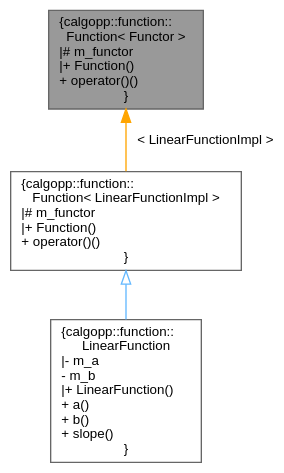
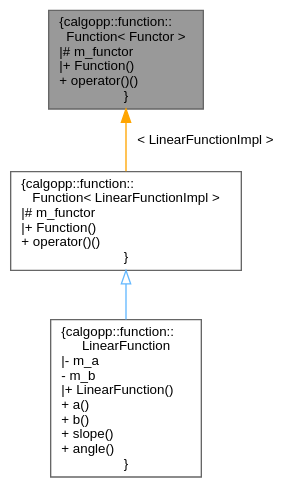
The diagram in classcalgopp_1_1function_1_1Function__inherit__graph.dot (pawelekg95/algopp), drawn with Graphviz before and after one commit. The commit also changed 57 other files, not shown here.

```diff
--- a/classcalgopp_1_1function_1_1Function__inherit__graph.dot
+++ b/classcalgopp_1_1function_1_1Function__inherit__graph.dot
@@ -1,12 +1,12 @@
 digraph "calgopp::function::Function&lt; Functor &gt;"
 {
  // LATEX_PDF_SIZE
   bgcolor="transparent";
   edge [fontname=Helvetica,fontsize=10,labelfontname=Helvetica,labelfontsize=10];
   node [fontname=Helvetica,fontsize=10,shape=box,height=0.2,width=0.4];
   Node1 [label="{calgopp::function::\lFunction\< Functor \>\n|# m_functor\l|+ Function()\l+ operator()()\l}",height=0.2,width=0.4,color="gray40", fillcolor="grey60", style="filled", fontcolor="black",tooltip=" "];
   Node1 -> Node2 [dir="back",color="orange",style="solid",label=" \< LinearFunctionImpl \>" ];
   Node2 [label="{calgopp::function::\lFunction\< LinearFunctionImpl \>\n|# m_functor\l|+ Function()\l+ operator()()\l}",height=0.2,width=0.4,color="gray40", fillcolor="white", style="filled",URL="$classcalgopp_1_1function_1_1Function.html",tooltip=" "];
   Node2 -> Node3 [dir="back",color="steelblue1",style="solid",arrowtail="onormal"];
-  Node3 [label="{calgopp::function::\lLinearFunction\n|- m_a\l- m_b\l|+ LinearFunction()\l+ a()\l+ b()\l+ slope()\l}",height=0.2,width=0.4,color="gray40", fillcolor="white", style="filled",URL="$classcalgopp_1_1function_1_1LinearFunction.html",tooltip=" "];
+  Node3 [label="{calgopp::function::\lLinearFunction\n|- m_a\l- m_b\l|+ LinearFunction()\l+ a()\l+ b()\l+ slope()\l+ angle()\l}",height=0.2,width=0.4,color="gray40", fillcolor="white", style="filled",URL="$classcalgopp_1_1function_1_1LinearFunction.html",tooltip=" "];
 }
```
